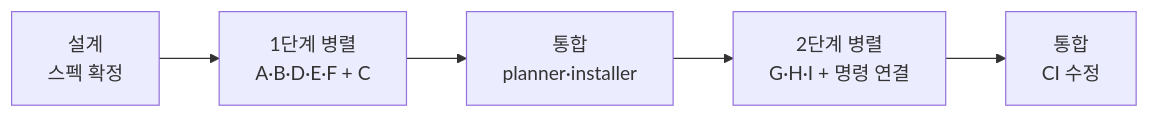
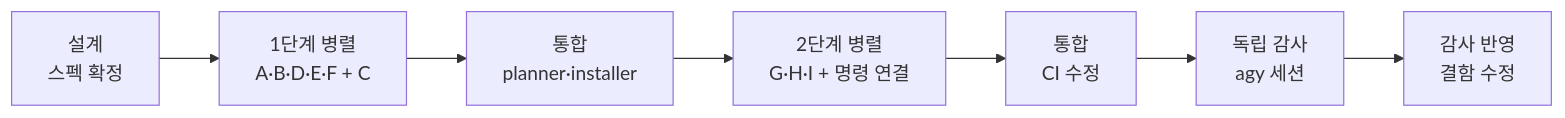
Before and after one commit to Seosiju/my-skills: the first of 2 diagrams in docs/2026-11-23-skill-drive-v1-status-and-handoff.md, drawn with Mermaid. The commit also changed other lines of this file and 3 other files, not shown here.

````diff
--- a/docs/2026-11-23-skill-drive-v1-status-and-handoff.md
+++ b/docs/2026-11-23-skill-drive-v1-status-and-handoff.md
@@ -32,7 +35,9 @@
 ```mermaid
 flowchart LR
   P0["설계<br/>스펙 확정"] --> P1["1단계 병렬<br/>A·B·D·E·F + C"]
   P1 --> I1["통합<br/>planner·installer"]
   I1 --> P2["2단계 병렬<br/>G·H·I + 명령 연결"]
   P2 --> I2["통합<br/>CI 수정"]
+  I2 --> R["독립 감사<br/>agy 세션"]
+  R --> F["감사 반영<br/>결함 수정"]
 ```
````
